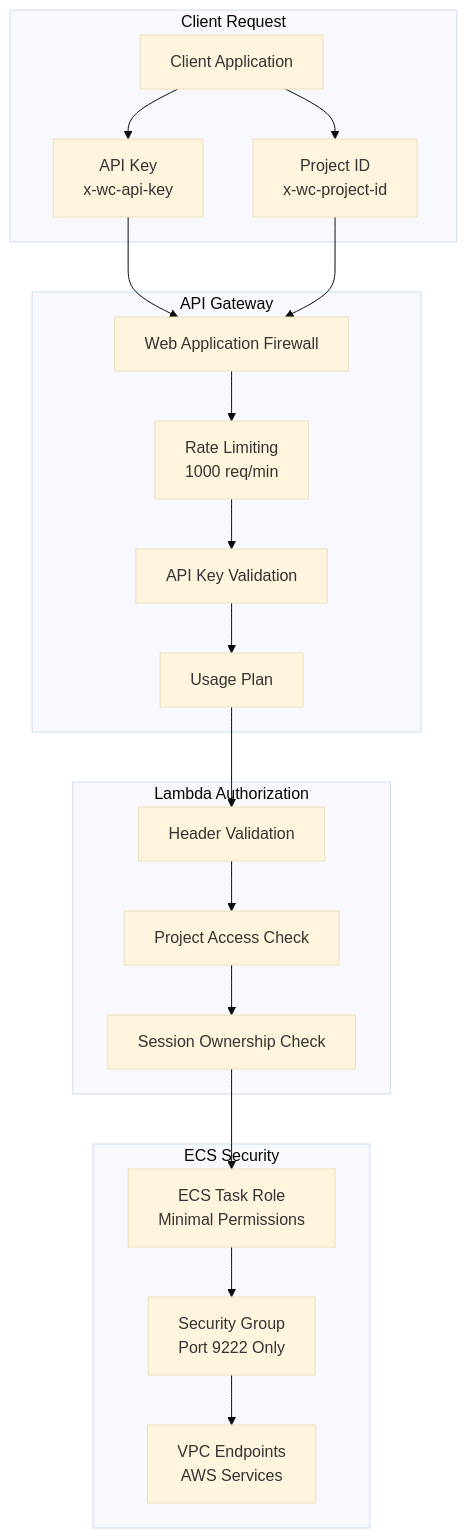
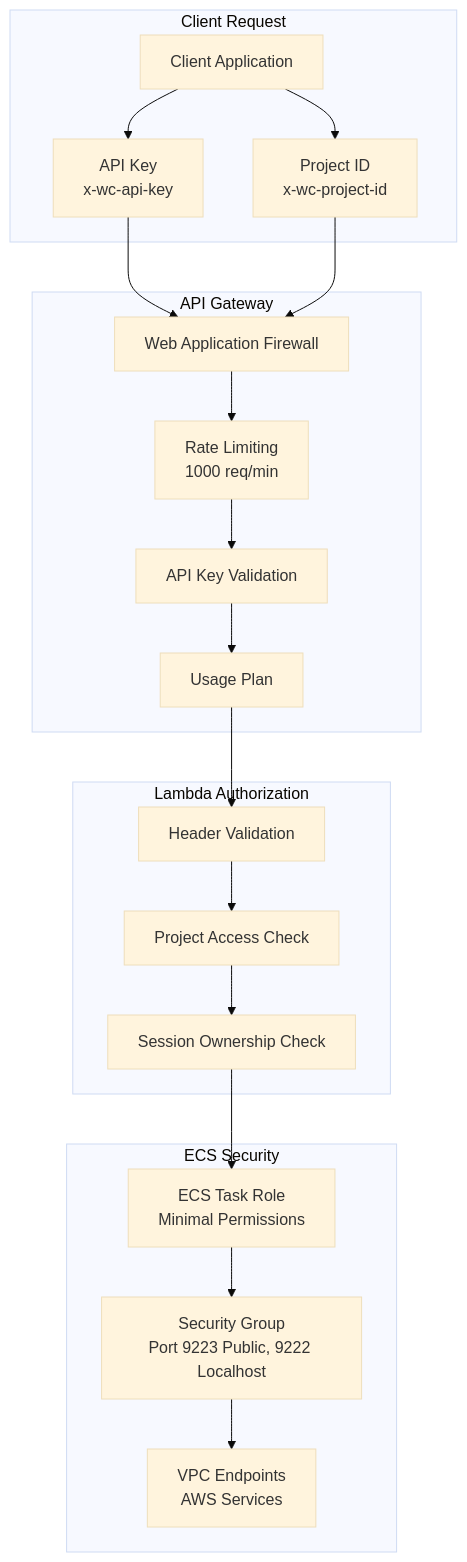
One commit to Volpestyle/wallcrawler changed diagram 13 of 14 in docs/wallcrawler-design-doc.md. Above: the diagram before and after it, drawn with Mermaid (base theme). The commit also changed other lines of this file and 48 other files, not shown here.

````diff
--- a/docs/wallcrawler-design-doc.md
+++ b/docs/wallcrawler-design-doc.md
@@ -954,46 +742,44 @@
 ```mermaid
 graph TB
     subgraph "Client Request"
         Client[Client Application]
         APIKey[API Key<br/>x-wc-api-key]
         ProjectID[Project ID<br/>x-wc-project-id]
     end
 
     subgraph "API Gateway"
         WAF[Web Application Firewall]
         RateLimit[Rate Limiting<br/>1000 req/min]
         APIAuth[API Key Validation]
         UsagePlan[Usage Plan]
     end
 
     subgraph "Lambda Authorization"
         HeaderValidation[Header Validation]
         ProjectValidation[Project Access Check]
         SessionOwnership[Session Ownership Check]
     end
 
     subgraph "ECS Security"
         TaskRole[ECS Task Role<br/>Minimal Permissions]
-        SecurityGroup[Security Group<br/>Port 9222 Only]
+        SecurityGroup[Security Group<br/>Port 9223 Public, 9222 Localhost]
         VPCEndpoints[VPC Endpoints<br/>AWS Services]
     end
 
     Client --> APIKey
     Client --> ProjectID
     APIKey --> WAF
     ProjectID --> WAF
 
     WAF --> RateLimit
     RateLimit --> APIAuth
     APIAuth --> UsagePlan
     UsagePlan --> HeaderValidation
 
     HeaderValidation --> ProjectValidation
     ProjectValidation --> SessionOwnership
 
     SessionOwnership --> TaskRole
     TaskRole --> SecurityGroup
     SecurityGroup --> VPCEndpoints
-
-
 ```
````
